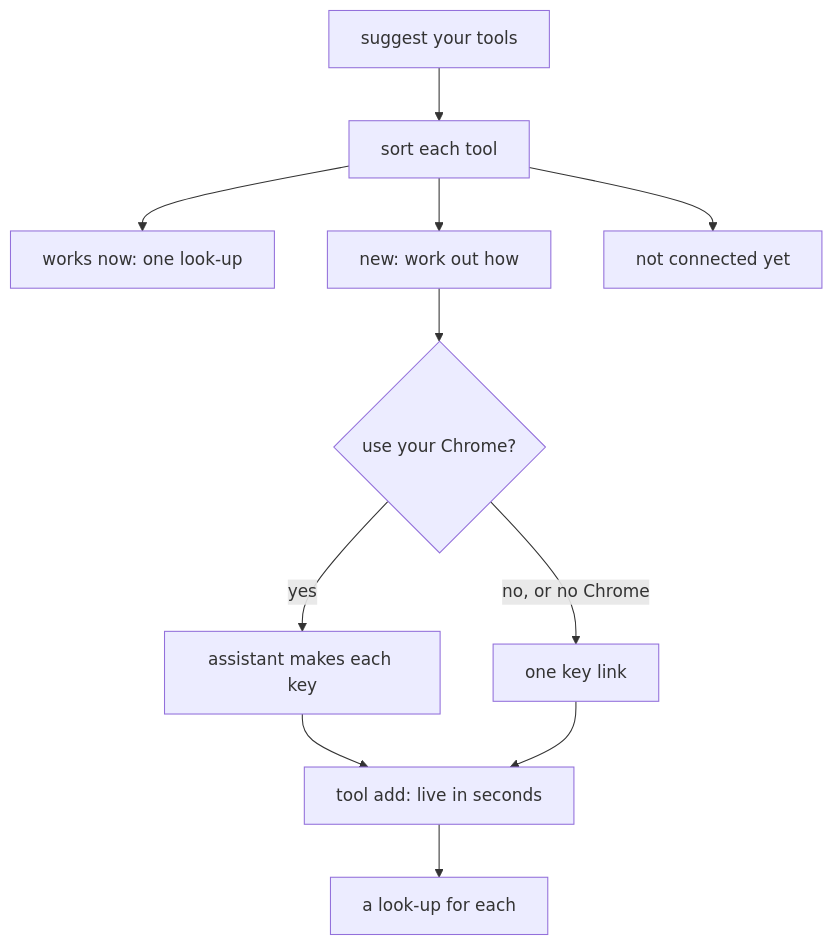
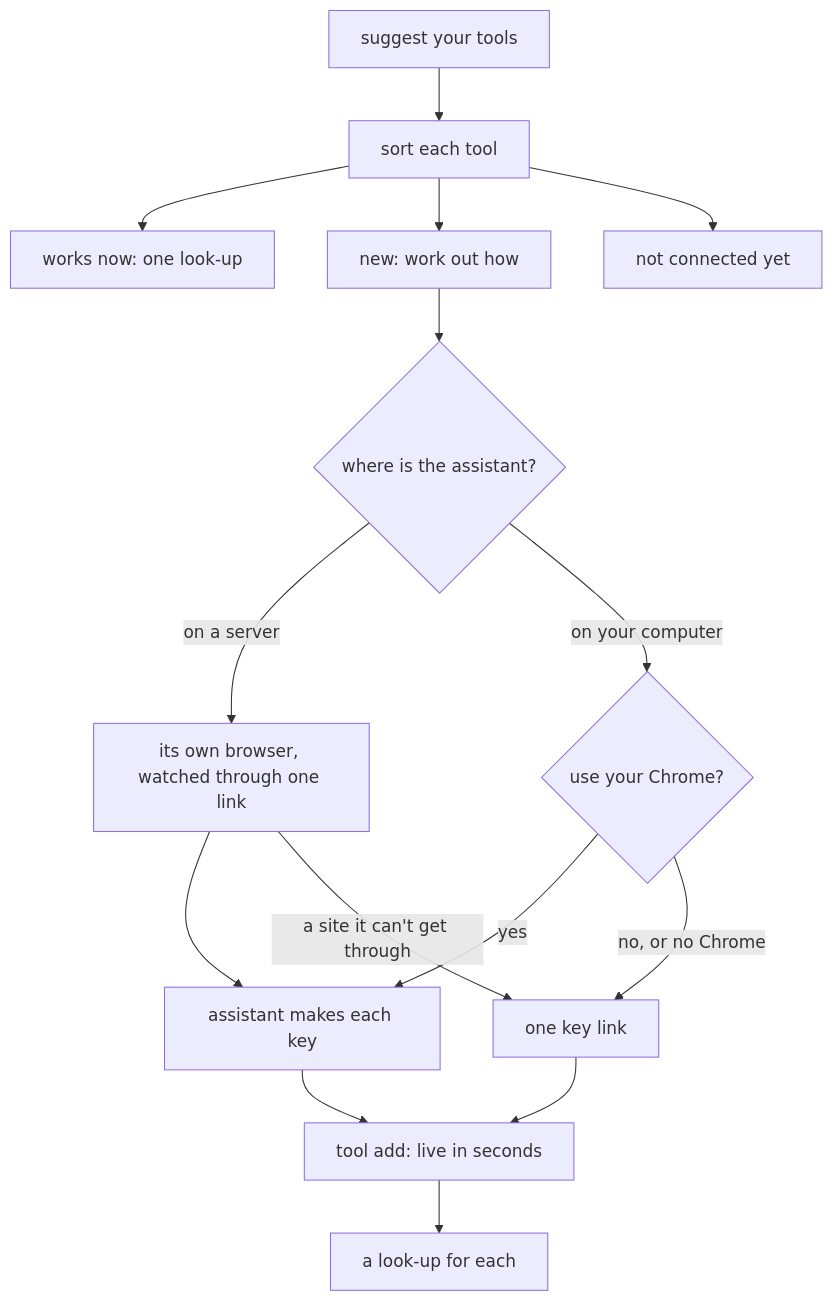
One commit to matthewwong525/WongStack changed the diagram in wiki/stack/connect-your-tools.md. Above: the diagram before and after it, drawn with Mermaid. The commit also changed other lines of this file and 29 other files, not shown here.

Commit message:
feat(connect): on a server the assistant connects your tools in its own browser while you watch, take over, or sign in on your turn; paste works in every live view

````diff
--- a/wiki/stack/connect-your-tools.md
+++ b/wiki/stack/connect-your-tools.md
@@ -5,13 +5,17 @@
 ```mermaid
 flowchart TD
   tools[suggest your tools] --> sort[sort each tool]
   sort --> ready[works now: one look-up]
   sort --> how[new: work out how]
   sort --> later[not connected yet]
-  how --> chrome{"use your Chrome?"}
-  chrome -->|yes| make[assistant makes each key]
+  how --> where{where is the assistant?}
+  where -->|on a server| server[its own browser, watched through one link]
+  where -->|on your computer| chrome{"use your Chrome?"}
+  server --> make[assistant makes each key]
+  chrome -->|yes| make
   chrome -->|no, or no Chrome| link[one key link]
+  server -->|a site it can't get through| link
   make --> add[tool add: live in seconds]
   link --> add
   add --> look[a look-up for each]
 ```
````
